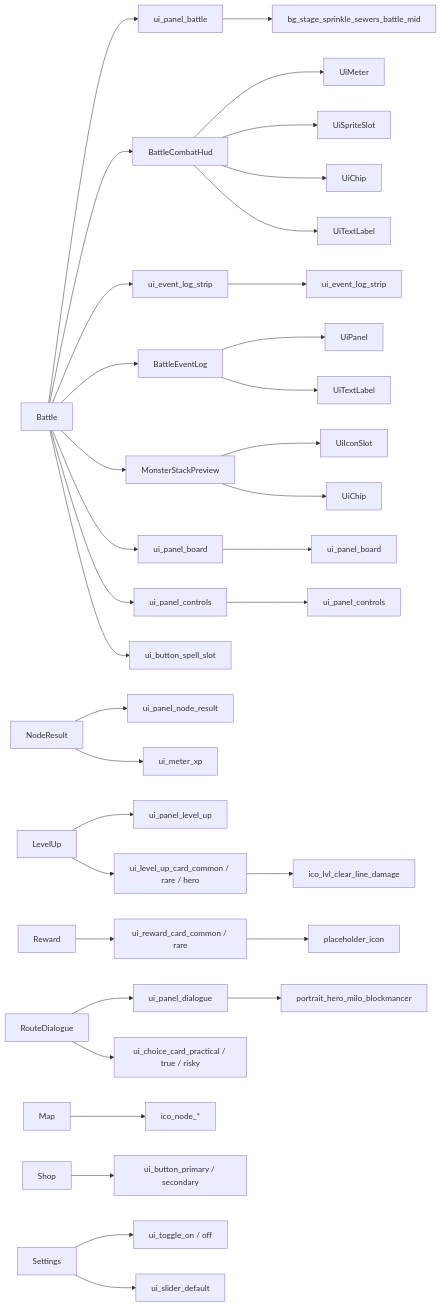
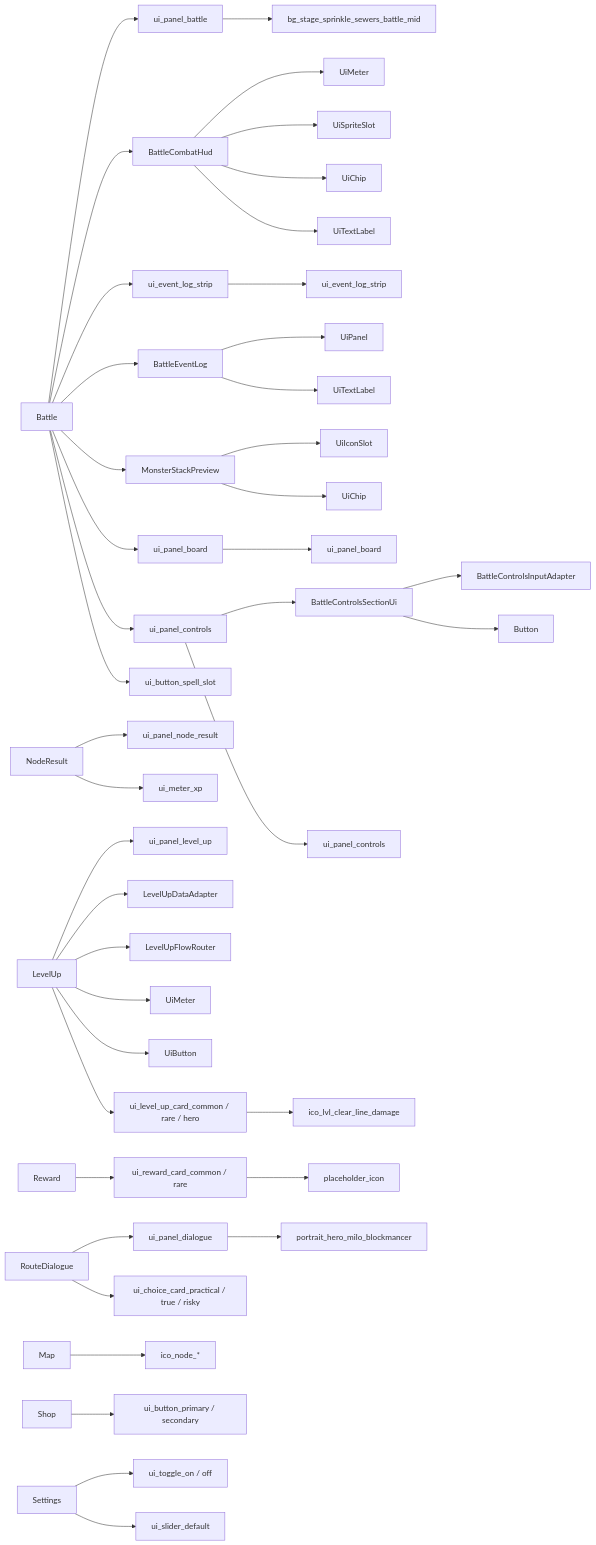
One commit to Witchester/Blockmancer-games changed the diagram in docs/ui/codegraph/BLOCKMANCER_UI_COMPONENT_DEPENDENCY_GRAPH.md. Above: the diagram before and after it, drawn with Mermaid. The commit also changed other lines of this file and 22 other files, not shown here.

````diff
--- a/docs/ui/codegraph/BLOCKMANCER_UI_COMPONENT_DEPENDENCY_GRAPH.md
+++ b/docs/ui/codegraph/BLOCKMANCER_UI_COMPONENT_DEPENDENCY_GRAPH.md
@@ -15,37 +15,44 @@
 ```mermaid
 flowchart LR
   Battle --> PanelBattle[ui_panel_battle]
   Battle --> BattleCombatHud[BattleCombatHud]
   BattleCombatHud --> HudMeter[UiMeter]
   BattleCombatHud --> HudSpriteSlot[UiSpriteSlot]
   BattleCombatHud --> HudChip[UiChip]
   BattleCombatHud --> HudText[UiTextLabel]
   Battle --> EventLog[ui_event_log_strip]
   Battle --> BattleEventLog[BattleEventLog]
   BattleEventLog --> EventLogPanel[UiPanel]
   BattleEventLog --> EventLogText[UiTextLabel]
   Battle --> MonsterStackPreview[MonsterStackPreview]
   MonsterStackPreview --> StackIcon[UiIconSlot]
   MonsterStackPreview --> StackChip[UiChip]
   Battle --> BoardPanel[ui_panel_board]
   Battle --> Controls[ui_panel_controls]
+  Controls --> BattleControlsSectionUi[BattleControlsSectionUi]
+  BattleControlsSectionUi --> ControlsInput[BattleControlsInputAdapter]
+  BattleControlsSectionUi --> Button[Button]
   Battle --> SpellButton[ui_button_spell_slot]
   NodeResult --> NodePanel[ui_panel_node_result]
   NodeResult --> XpMeter[ui_meter_xp]
   LevelUp --> LevelPanel[ui_panel_level_up]
+  LevelUp --> LevelAdapter[LevelUpDataAdapter]
+  LevelUp --> LevelRouter[LevelUpFlowRouter]
+  LevelUp --> LevelMeter[UiMeter]
+  LevelUp --> LevelButton[UiButton]
   LevelUp --> LevelCard[ui_level_up_card_common / rare / hero]
   Reward --> RewardCard[ui_reward_card_common / rare]
   RouteDialogue --> DialoguePanel[ui_panel_dialogue]
   RouteDialogue --> ChoiceCards[ui_choice_card_practical / true / risky]
   Map --> NodeIcons[ico_node_*]
   Shop --> Buttons[ui_button_primary / secondary]
   Settings --> Toggles[ui_toggle_on / off]
   Settings --> Slider[ui_slider_default]
   PanelBattle --> bg_stage_sprinkle_sewers_battle_mid
   EventLog --> ui_event_log_strip
   BoardPanel --> ui_panel_board
   Controls --> ui_panel_controls
   LevelCard --> ico_lvl_clear_line_damage
   RewardCard --> placeholder_icon
   DialoguePanel --> portrait_hero_milo_blockmancer
 ```
````
